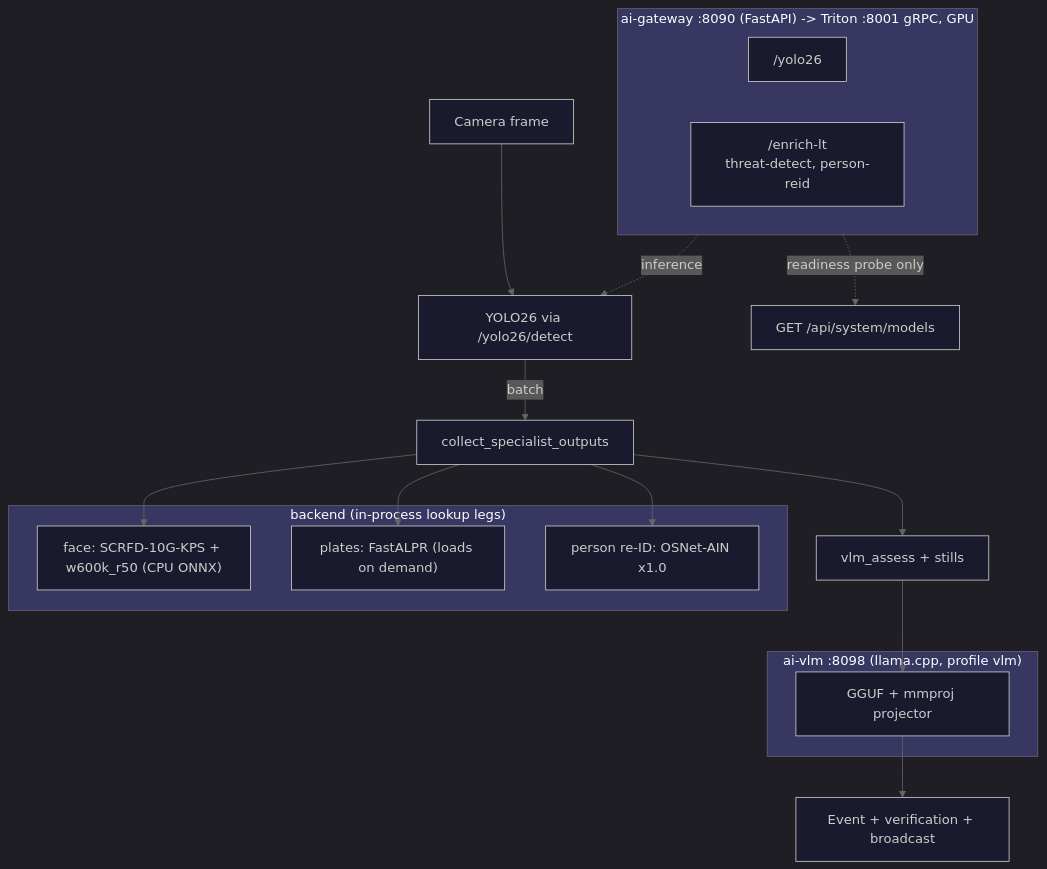
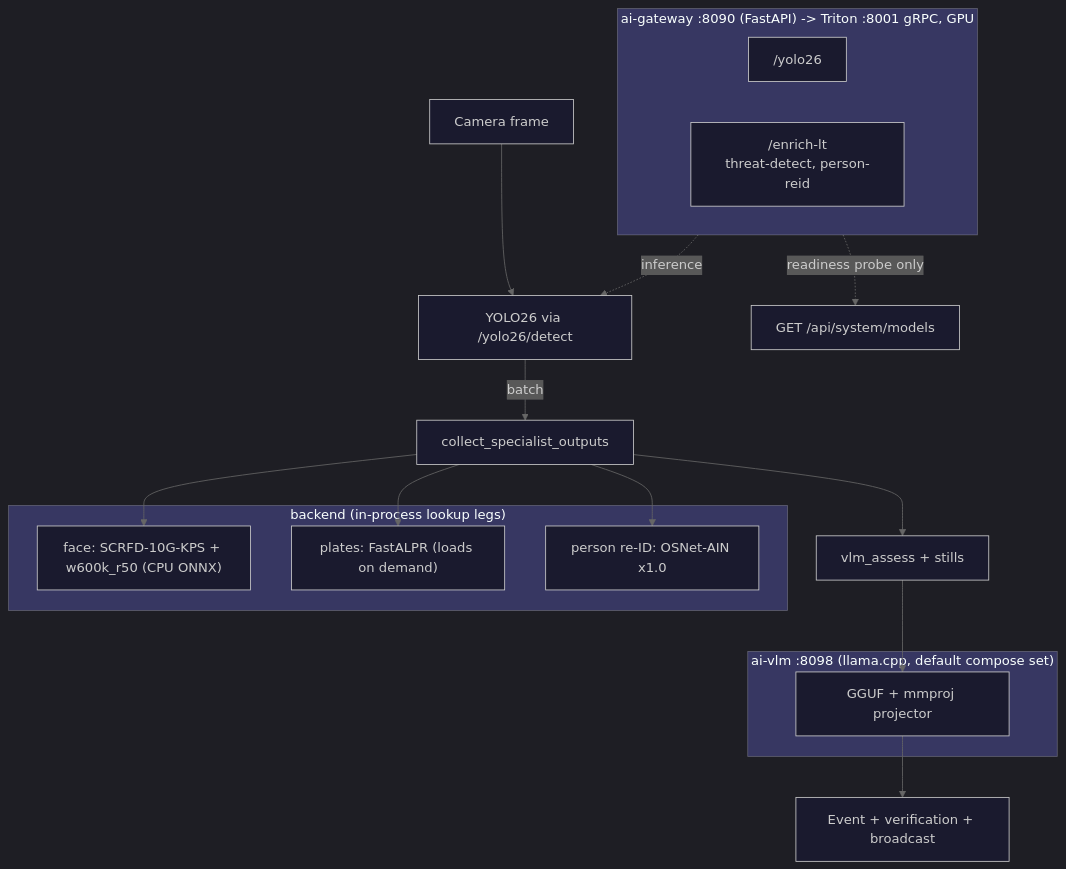
The diagram in docs/ai/model-zoo.md (mikesvoboda/nemotron-v3-home-security-intelligence), drawn with Mermaid before and after one commit. The commit also changed other lines of this file and 56 other files, not shown here.

````diff
--- a/docs/ai/model-zoo.md
+++ b/docs/ai/model-zoo.md
@@ -32,41 +33,41 @@
 ```mermaid
 %%{init: {
   'theme': 'dark',
   'themeVariables': {
     'primaryColor': '#3B82F6',
     'primaryTextColor': '#FFFFFF',
     'primaryBorderColor': '#60A5FA',
     'secondaryColor': '#A855F7',
     'tertiaryColor': '#009688',
     'background': '#121212',
     'mainBkg': '#1a1a2e',
     'lineColor': '#666666'
   }
 }}%%
 flowchart TB
     subgraph GW["ai-gateway :8090 (FastAPI) -> Triton :8001 gRPC, GPU"]
         YR["/yolo26"]
         LR["/enrich-lt<br/>threat-detect, person-reid"]
     end
 
-    subgraph VLM["ai-vlm :8098 (llama.cpp, profile vlm)"]
+    subgraph VLM["ai-vlm :8098 (llama.cpp, default compose set)"]
         QWEN[GGUF + mmproj projector]
     end
 
     subgraph BE["backend (in-process lookup legs)"]
         FACE["face: SCRFD-10G-KPS + w600k_r50 (CPU ONNX)"]
         PLATE["plates: FastALPR (loads on demand)"]
         REID["person re-ID: OSNet-AIN x1.0"]
     end
 
     CAM[Camera frame] --> YOLO[YOLO26 via /yolo26/detect]
     YOLO -->|batch| SPEC[collect_specialist_outputs]
     SPEC --> FACE
     SPEC --> PLATE
     SPEC --> REID
     SPEC --> VLMCALL[vlm_assess + stills]
     VLMCALL --> QWEN
     QWEN --> EVT[Event + verification + broadcast]
     GW -.->|readiness probe only| READY[GET /api/system/models]
     GW -.->|inference| YOLO
 ```
````
